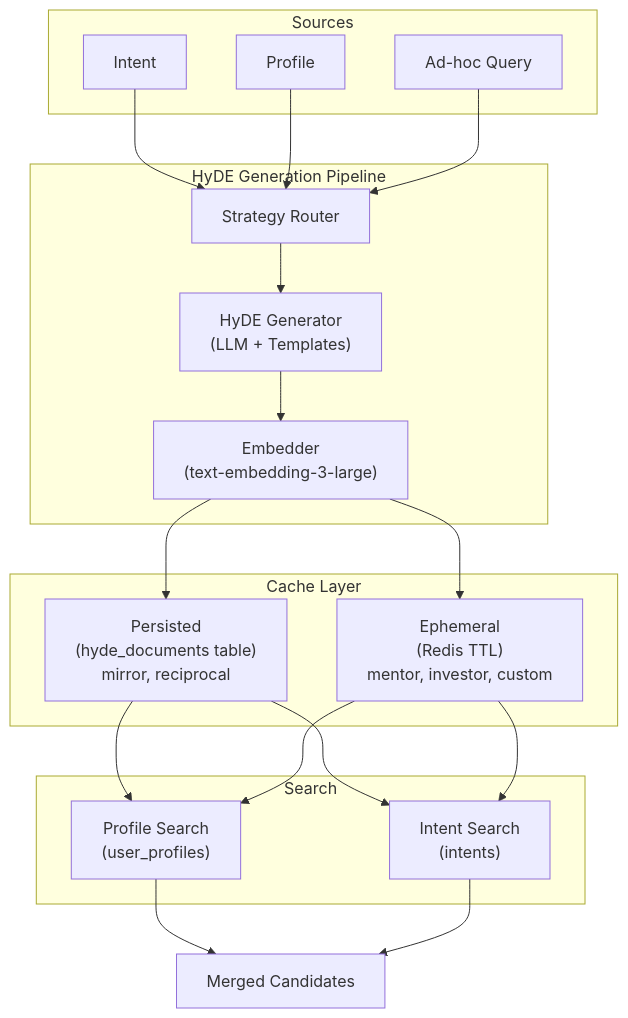
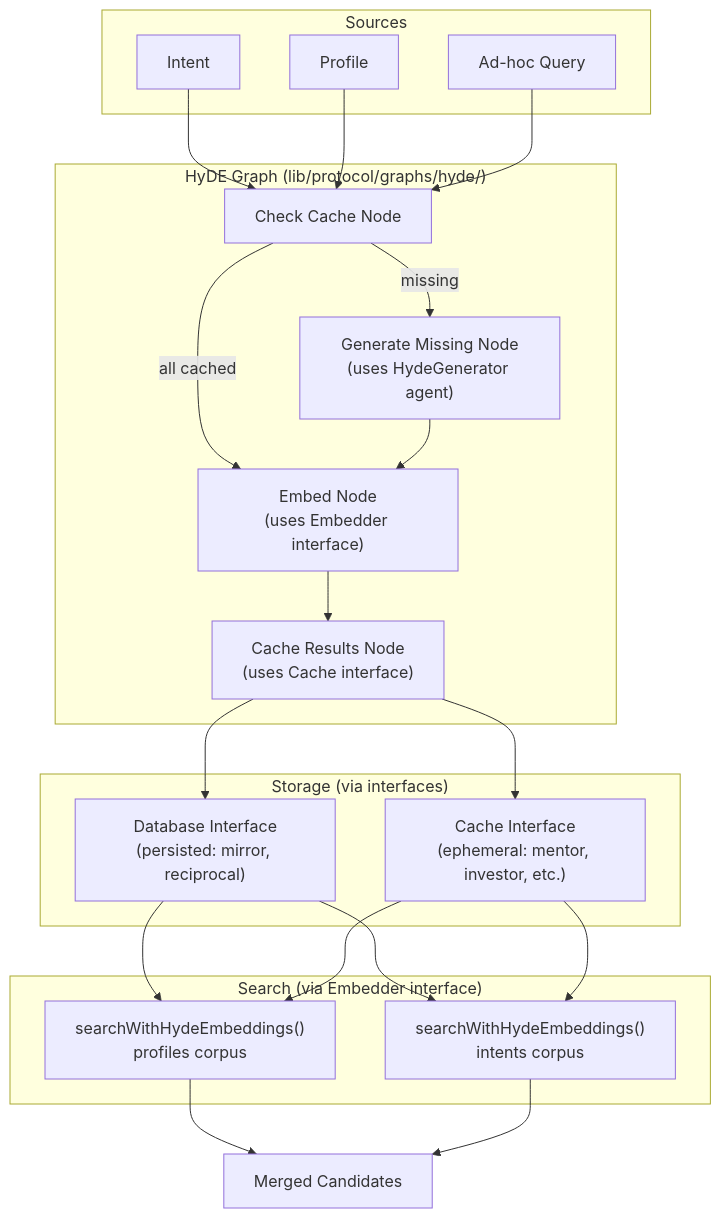
One commit to indexnetwork/claude-plugin changed the third of 7 diagrams in protocol/plans/opportunity-redesign-plan.md. Above: the diagram before and after it, drawn with Mermaid. The commit also changed other lines of this file, not shown here.

First line of the commit message:
docs(opportunity): refactor redesign plan to v3.0 interface-driven architecture

````diff
--- a/protocol/plans/opportunity-redesign-plan.md
+++ b/protocol/plans/opportunity-redesign-plan.md
@@ -334,41 +374,45 @@
 ```mermaid
 flowchart TB
     subgraph "Sources"
         INTENT["Intent"]
         PROFILE["Profile"]
         QUERY["Ad-hoc Query"]
     end
     
-    subgraph "HyDE Generation Pipeline"
-        ROUTER["Strategy Router"]
-        GEN["HyDE Generator<br/>(LLM + Templates)"]
-        EMBED["Embedder<br/>(text-embedding-3-large)"]
+    subgraph "HyDE Graph (lib/protocol/graphs/hyde/)"
+        CHECK["Check Cache Node"]
+        GEN["Generate Missing Node<br/>(uses HydeGenerator agent)"]
+        EMBED["Embed Node<br/>(uses Embedder interface)"]
+        CACHE_SAVE["Cache Results Node<br/>(uses Cache interface)"]
     end
     
-    subgraph "Cache Layer"
-        DB["Persisted<br/>(hyde_documents table)<br/>mirror, reciprocal"]
-        REDIS["Ephemeral<br/>(Redis TTL)<br/>mentor, investor, custom"]
+    subgraph "Storage (via interfaces)"
+        DB["Database Interface<br/>(persisted: mirror, reciprocal)"]
+        REDIS["Cache Interface<br/>(ephemeral: mentor, investor, etc.)"]
     end
     
-    subgraph "Search"
-        PROF_SEARCH["Profile Search<br/>(user_profiles)"]
-        INT_SEARCH["Intent Search<br/>(intents)"]
+    subgraph "Search (via Embedder interface)"
+        PROF_SEARCH["searchWithHydeEmbeddings()<br/>profiles corpus"]
+        INT_SEARCH["searchWithHydeEmbeddings()<br/>intents corpus"]
     end
     
-    INTENT --> ROUTER
-    PROFILE --> ROUTER
-    QUERY --> ROUTER
+    INTENT --> CHECK
+    PROFILE --> CHECK
+    QUERY --> CHECK
     
-    ROUTER --> GEN
+    CHECK -->|"missing"| GEN
+    CHECK -->|"all cached"| EMBED
     GEN --> EMBED
-    EMBED --> DB
-    EMBED --> REDIS
+    EMBED --> CACHE_SAVE
+    
+    CACHE_SAVE --> DB
+    CACHE_SAVE --> REDIS
     
     DB --> PROF_SEARCH
     DB --> INT_SEARCH
     REDIS --> PROF_SEARCH
     REDIS --> INT_SEARCH
     
     PROF_SEARCH --> CANDIDATES["Merged Candidates"]
     INT_SEARCH --> CANDIDATES
 ```
````
